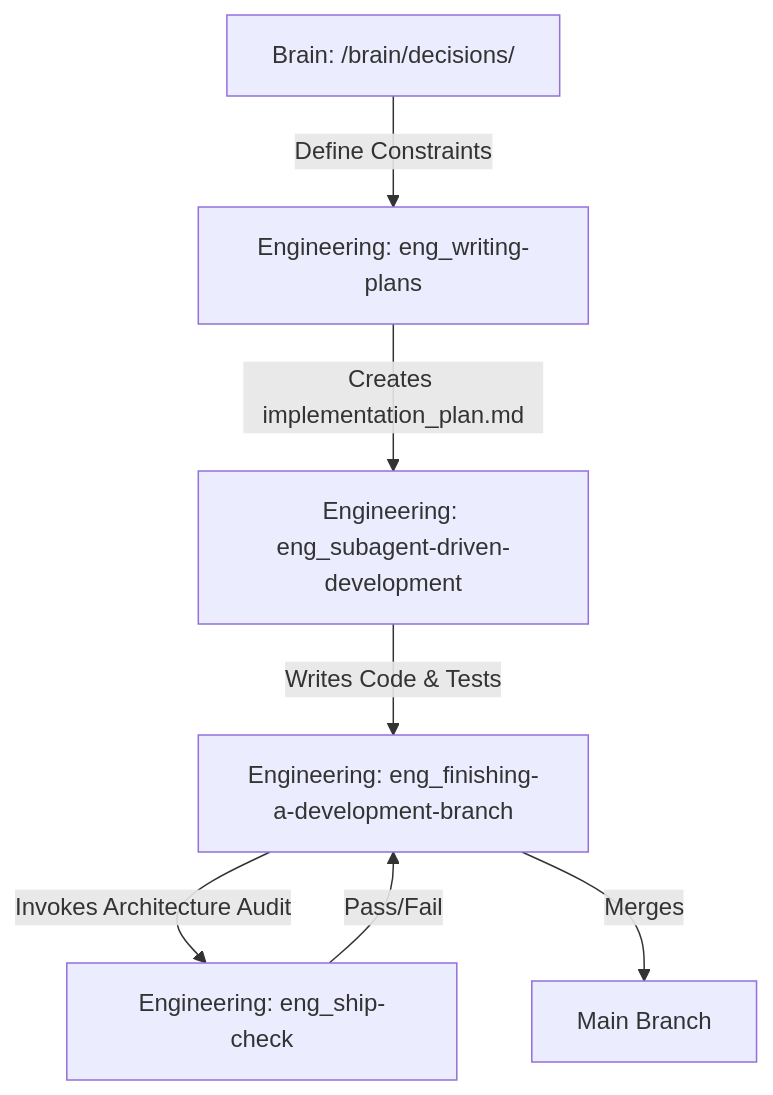
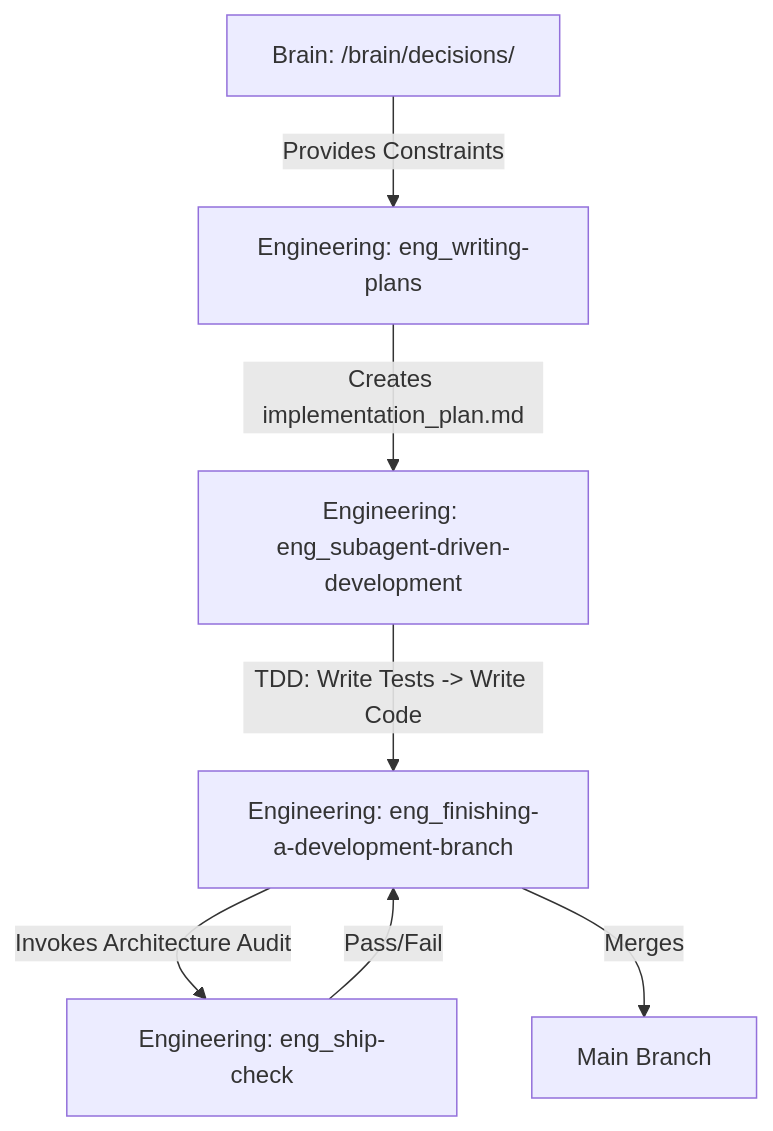
The diagram in README.md (0tt049/SoloFounderFramework), drawn with Mermaid before and after one commit. The commit also changed other lines of this file, not shown here.

First line of the commit message:
docs: write comprehensive README.md

````diff
--- a/README.md
+++ b/README.md
@@ -17,9 +18,9 @@
 ```mermaid
 graph TD
-    B[Brain: /brain/decisions/] -->|Define Constraints| W[Engineering: eng_writing-plans]
+    B[Brain: /brain/decisions/] -->|Provides Constraints| W[Engineering: eng_writing-plans]
     W -->|Creates implementation_plan.md| SDD[Engineering: eng_subagent-driven-development]
-    SDD -->|Writes Code & Tests| FDB[Engineering: eng_finishing-a-development-branch]
+    SDD -->|TDD: Write Tests -> Write Code| FDB[Engineering: eng_finishing-a-development-branch]
     FDB -->|Invokes Architecture Audit| SC[Engineering: eng_ship-check]
     SC -->|Pass/Fail| FDB
     FDB -->|Merges| Main[Main Branch]
 ```
````
